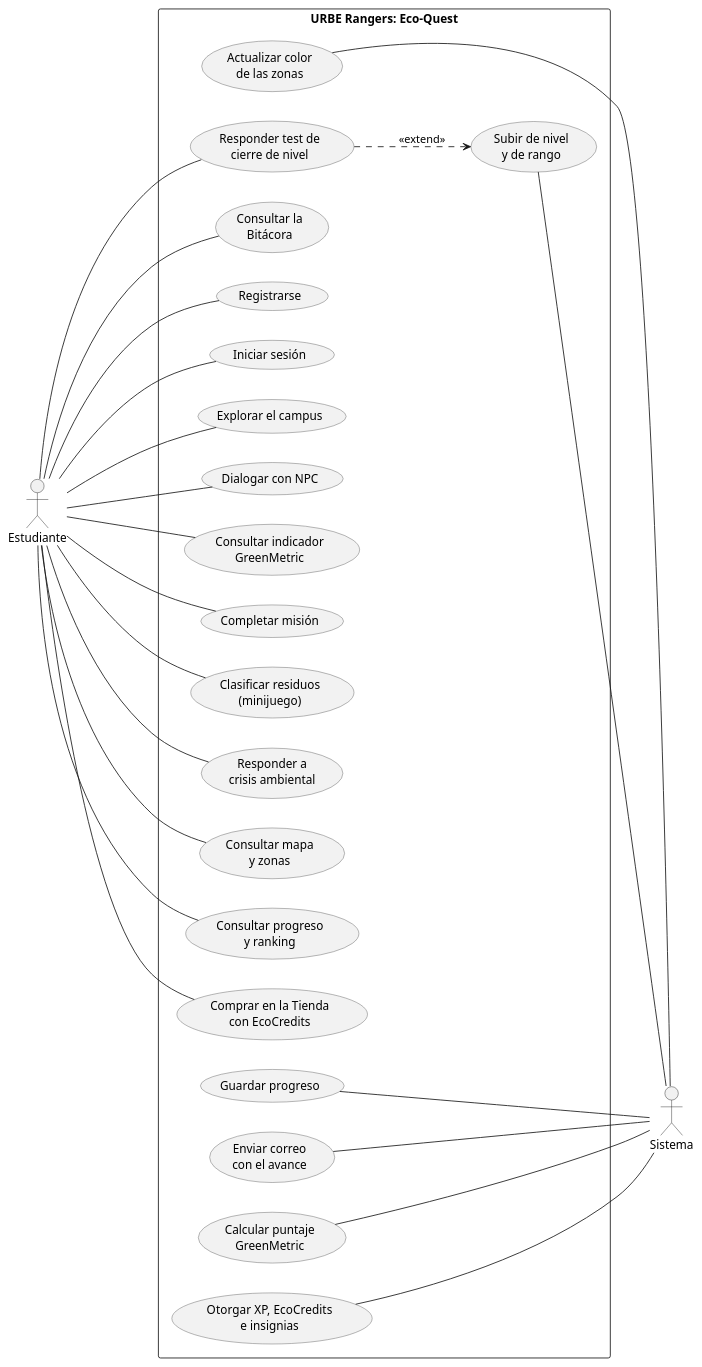
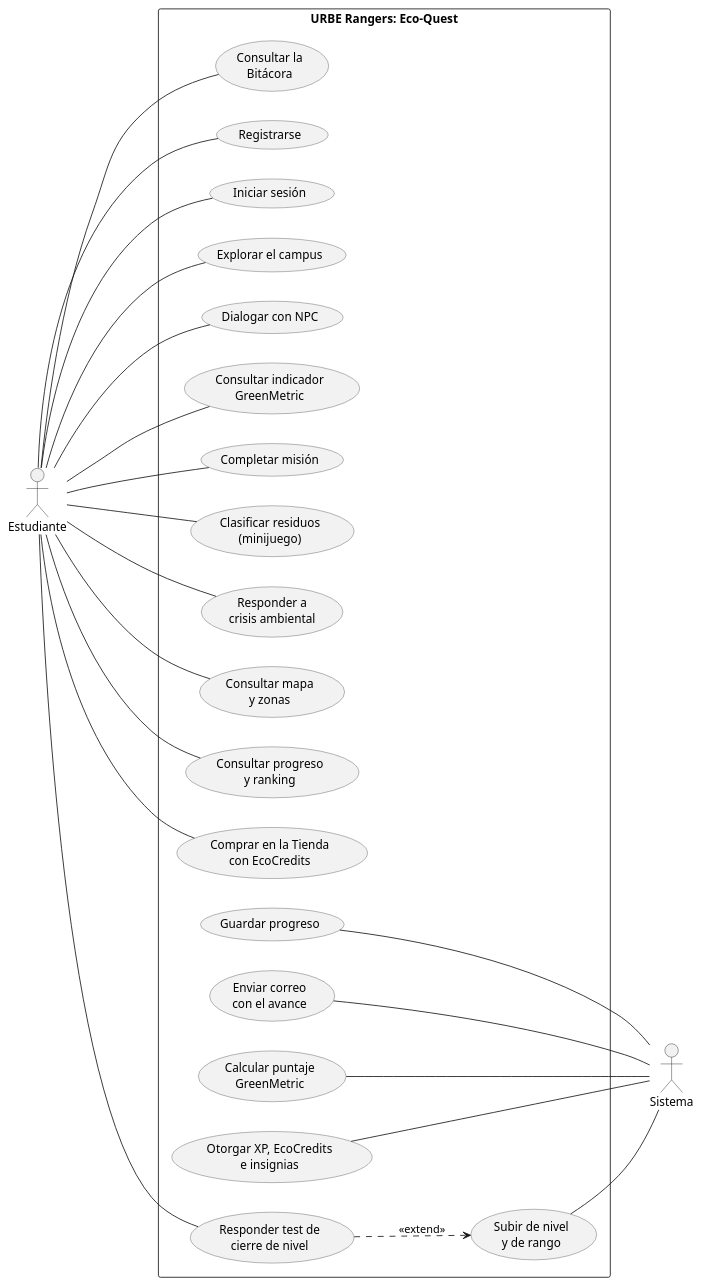
Before and after one commit to Ereyes05/green-metric-urbe: the diagram in docs/diagrama_casos_uso.puml, drawn with PlantUML.

Commit message:
docs: casos de uso sin 'Actualizar color de las zonas' (el mapa nuevo no colorea zonas)

```diff
--- a/docs/diagrama_casos_uso.puml
+++ b/docs/diagrama_casos_uso.puml
@@ -8,62 +8,60 @@
 @startuml
 left to right direction
 skinparam usecase {
   BackgroundColor #F2F2F2
   BorderColor #555555
 }
 
 actor Estudiante
 actor Sistema
 
 rectangle "URBE Rangers: Eco-Quest" {
   usecase "Registrarse" as HU1
   usecase "Iniciar sesión" as HU2
   usecase "Explorar el campus" as HU3
   usecase "Dialogar con NPC" as HU4
   usecase "Consultar indicador\nGreenMetric" as HU5
   usecase "Completar misión" as HU6
   usecase "Clasificar residuos\n(minijuego)" as HU7
 
   usecase "Responder a\ncrisis ambiental" as HU8
   usecase "Consultar mapa\ny zonas" as HU10
   usecase "Consultar progreso\ny ranking" as HU11
   usecase "Comprar en la Tienda\ncon EcoCredits" as HU12
   usecase "Responder test de\ncierre de nivel" as HU13
   usecase "Consultar la\nBitácora" as HU14
 
   usecase "Subir de nivel\ny de rango" as HU9
   usecase "Calcular puntaje\nGreenMetric" as S1
   usecase "Otorgar XP, EcoCredits\ne insignias" as S2
-  usecase "Actualizar color\nde las zonas" as S3
   usecase "Guardar progreso" as S4
   usecase "Enviar correo\ncon el avance" as S5
 }
 
 ' Primera columna
 Estudiante -- HU1
 Estudiante -- HU2
 Estudiante -- HU3
 Estudiante -- HU4
 Estudiante -- HU5
 Estudiante -- HU6
 Estudiante -- HU7
 
 ' Segunda columna
 Estudiante --- HU8
 Estudiante --- HU10
 Estudiante --- HU11
 Estudiante --- HU12
 Estudiante --- HU13
 Estudiante --- HU14
 
 ' Tercera columna (sistema), con el actor a la derecha
 Estudiante -[hidden]---- HU9
 HU9 -- Sistema
 S1 -- Sistema
 S2 -- Sistema
-S3 -- Sistema
 S4 -- Sistema
 S5 -- Sistema
 
 HU13 ..> HU9 : <<extend>>
 @enduml
```
